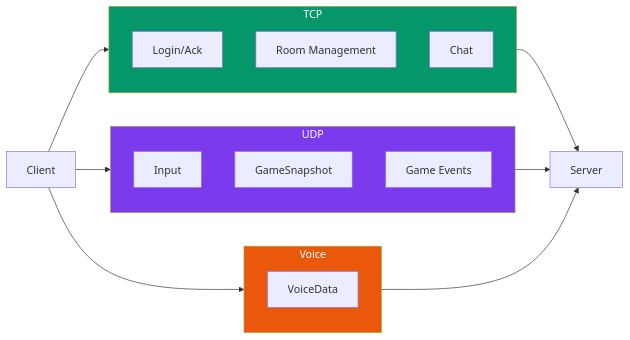
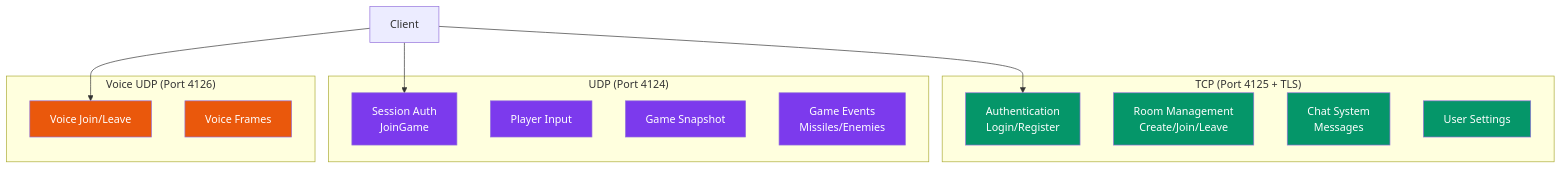
The diagram in docs/api/reseau/protocol.md (ChrisG-L/rtype), drawn with Mermaid before and after one commit. The commit also changed other lines of this file and 29 other files, not shown here.

````diff
--- a/docs/api/reseau/protocol.md
+++ b/docs/api/reseau/protocol.md
@@ -267,26 +322,36 @@
 ```mermaid
-flowchart LR
-    subgraph TCP
-        Login[Login/Ack]
-        Room[Room Management]
-        Chat[Chat]
+flowchart TB
+    subgraph "TCP (Port 4125 + TLS)"
+        Auth[Authentication<br/>Login/Register]
+        Room[Room Management<br/>Create/Join/Leave]
+        Chat[Chat System<br/>Messages]
+        Settings[User Settings]
     end
 
-    subgraph UDP
-        Input[Input]
-        Snapshot[GameSnapshot]
-        Events[Game Events]
+    subgraph "UDP (Port 4124)"
+        Session[Session Auth<br/>JoinGame]
+        Input[Player Input]
+        Snapshot[Game Snapshot]
+        Events[Game Events<br/>Missiles/Enemies]
     end
 
-    subgraph Voice
-        VData[VoiceData]
+    subgraph "Voice UDP (Port 4126)"
+        VJoin[Voice Join/Leave]
+        VFrame[Voice Frames]
     end
 
-    Client --> TCP --> Server
-    Client --> UDP --> Server
-    Client --> Voice --> Server
+    Client --> Auth
+    Client --> Session
+    Client --> VJoin
 
-    style TCP fill:#059669,color:#fff
-    style UDP fill:#7c3aed,color:#fff
-    style Voice fill:#ea580c,color:#fff
+    style Auth fill:#059669,color:#fff
+    style Room fill:#059669,color:#fff
+    style Chat fill:#059669,color:#fff
+    style Settings fill:#059669,color:#fff
+    style Session fill:#7c3aed,color:#fff
+    style Input fill:#7c3aed,color:#fff
+    style Snapshot fill:#7c3aed,color:#fff
+    style Events fill:#7c3aed,color:#fff
+    style VJoin fill:#ea580c,color:#fff
+    style VFrame fill:#ea580c,color:#fff
 ```
````
